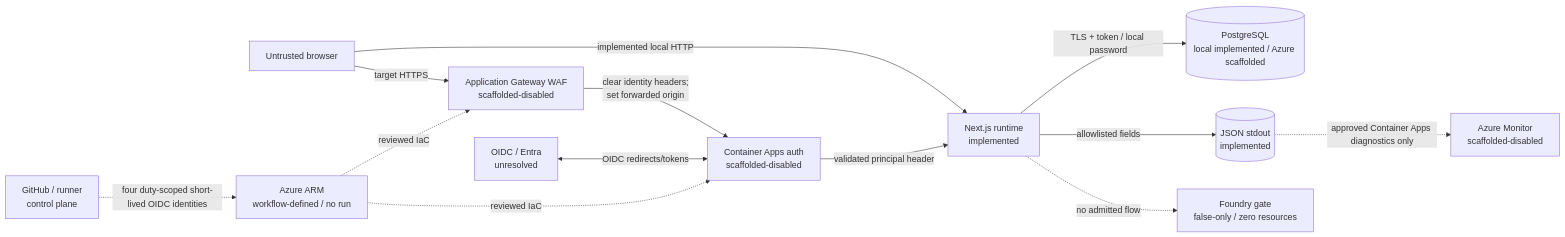
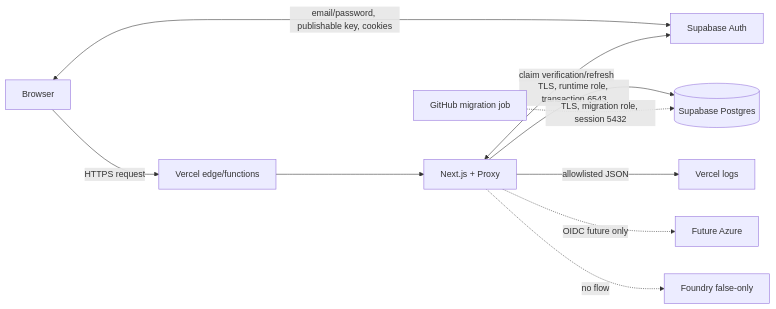
Before and after one commit to VeVarunSharma/agent-ready-fullstack-foundation: the diagram in docs/security/THREAT_MODEL.md, drawn with Mermaid. The commit also changed other lines of this file and 107 other files, not shown here.

First line of the commit message:
Add Vercel and Supabase foundation

````diff
--- a/docs/security/THREAT_MODEL.md
+++ b/docs/security/THREAT_MODEL.md
@@ -63,27 +46,22 @@
 ```mermaid
 flowchart LR
-  U[Untrusted browser]
-  GW[Application Gateway WAF<br/>scaffolded-disabled]
-  AUTH[Container Apps auth<br/>scaffolded-disabled]
-  WEB[Next.js runtime<br/>implemented]
-  DB[(PostgreSQL<br/>local implemented / Azure scaffolded)]
-  LOG[(JSON stdout<br/>implemented)]
-  MON[Azure Monitor<br/>scaffolded-disabled]
-  IDP[OIDC / Entra<br/>unresolved]
-  GH[GitHub / runner<br/>control plane]
-  ARM[Azure ARM<br/>workflow-defined / no run]
-  F[Foundry gate<br/>false-only / zero resources]
+  B[Browser]
+  V[Vercel edge/functions]
+  N[Next.js + Proxy]
+  A[Supabase Auth]
+  D[(Supabase Postgres)]
+  G[GitHub migration job]
+  L[Vercel logs]
+  Z[Future Azure]
+  F[Foundry false-only]
 
-  U -->|target HTTPS| GW
-  U -->|implemented local HTTP| WEB
-  GW -->|clear identity headers;<br/>set forwarded origin| AUTH
-  AUTH -->|validated principal header| WEB
-  IDP <-->|OIDC redirects/tokens| AUTH
-  WEB -->|TLS + token / local password| DB
-  WEB -->|allowlisted fields| LOG
-  LOG -.->|approved Container Apps diagnostics only| MON
-  GH -.->|four duty-scoped short-lived OIDC identities| ARM
-  ARM -.->|reviewed IaC| GW
-  ARM -.->|reviewed IaC| AUTH
-  WEB -. no admitted flow .-> F
+  B -->|HTTPS request| V
+  V --> N
+  B <-->|email/password, publishable key, cookies| A
+  N <-->|claim verification/refresh| A
+  N -->|TLS, runtime role, transaction 6543| D
+  G -.->|TLS, migration role, session 5432| D
+  N -->|allowlisted JSON| L
+  N -. OIDC future only .-> Z
+  N -. no flow .-> F
 ```
````
